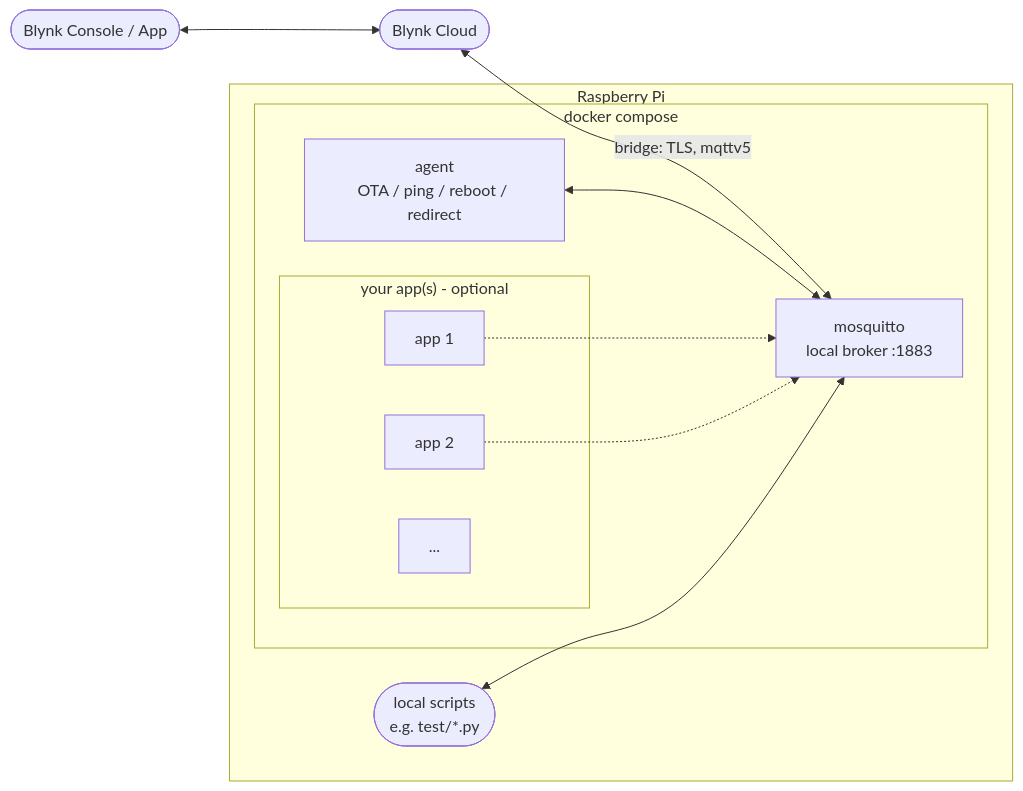
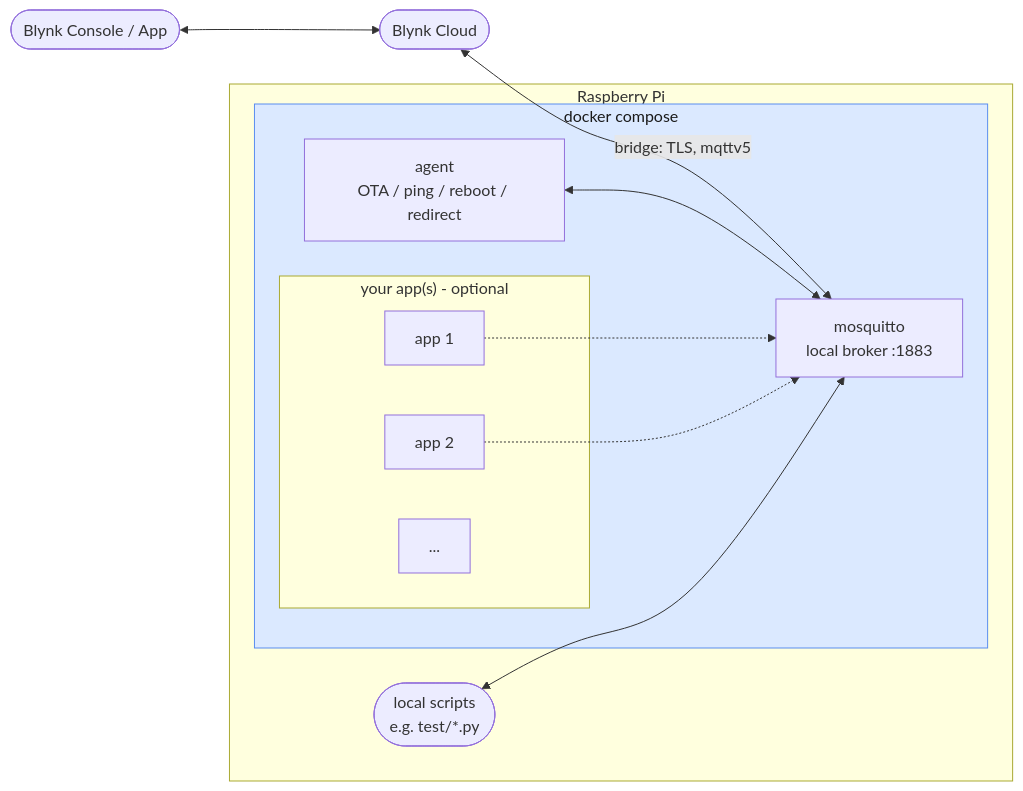
Before and after one commit to anthony-blynk/blynk-agent-raspberry-pi: the diagram in README.md, drawn with Mermaid.

Commit message:
README diagram: give the docker compose box a distinct fill color

````diff
--- a/README.md
+++ b/README.md
@@ -15,25 +15,27 @@
 ```mermaid
 flowchart LR
     console(["Blynk Console / App"])
     cloud(["Blynk Cloud"])
 
     subgraph pi["Raspberry Pi"]
         subgraph compose["docker compose"]
             mosquitto["mosquitto<br/>local broker :1883"]
             agent["agent<br/>OTA / ping / reboot / redirect"]
             subgraph apps["your app(s) - optional"]
                 app1["app 1"]
                 app2["app 2"]
                 appdots["..."]
             end
         end
         local(["local scripts<br/>e.g. test/*.py"])
     end
 
     console <--> cloud
     cloud <-->|bridge: TLS, mqttv5| mosquitto
     agent <--> mosquitto
     app1 -.-> mosquitto
     app2 -.-> mosquitto
     local <--> mosquitto
+
+    style compose fill:#dbe9ff,stroke:#5b8def,color:#1a1a1a
 ```
````
